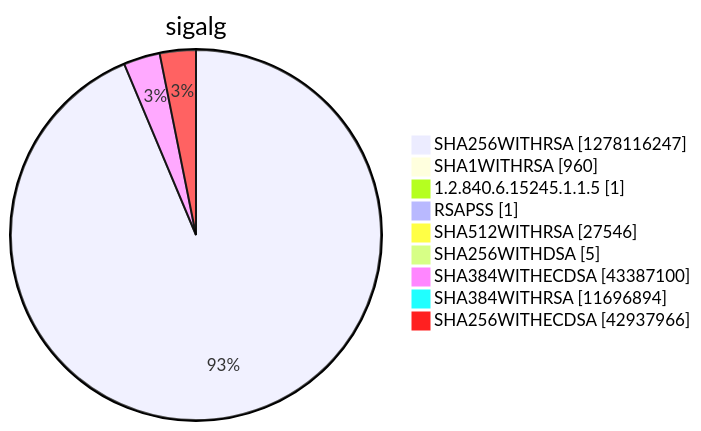
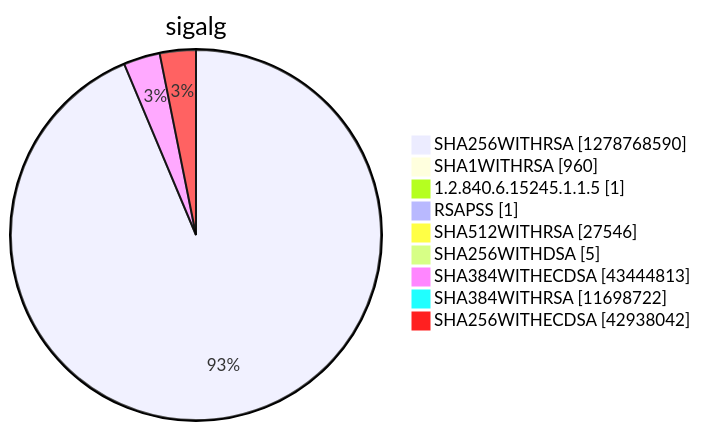
Before and after one commit to christiankrug/ctmonitor_visualization: diagram 15 of 15 in argon2022/README.md, drawn with Mermaid. The commit also changed other lines of this file, not shown here.

````diff
--- a/argon2022/README.md
+++ b/argon2022/README.md
@@ -5522,13 +5522,13 @@
 ```mermaid
 pie showData
 title sigalg
-"SHA256WITHRSA" :1278116247
+"SHA256WITHRSA" :1278768590
 "SHA1WITHRSA" :960
 "1.2.840.6.15245.1.1.5" :1
 "RSAPSS" :1
 "SHA512WITHRSA" :27546
 "SHA256WITHDSA" :5
-"SHA384WITHECDSA" :43387100
-"SHA384WITHRSA" :11696894
-"SHA256WITHECDSA" :42937966
+"SHA384WITHECDSA" :43444813
+"SHA384WITHRSA" :11698722
+"SHA256WITHECDSA" :42938042
 ```
````
